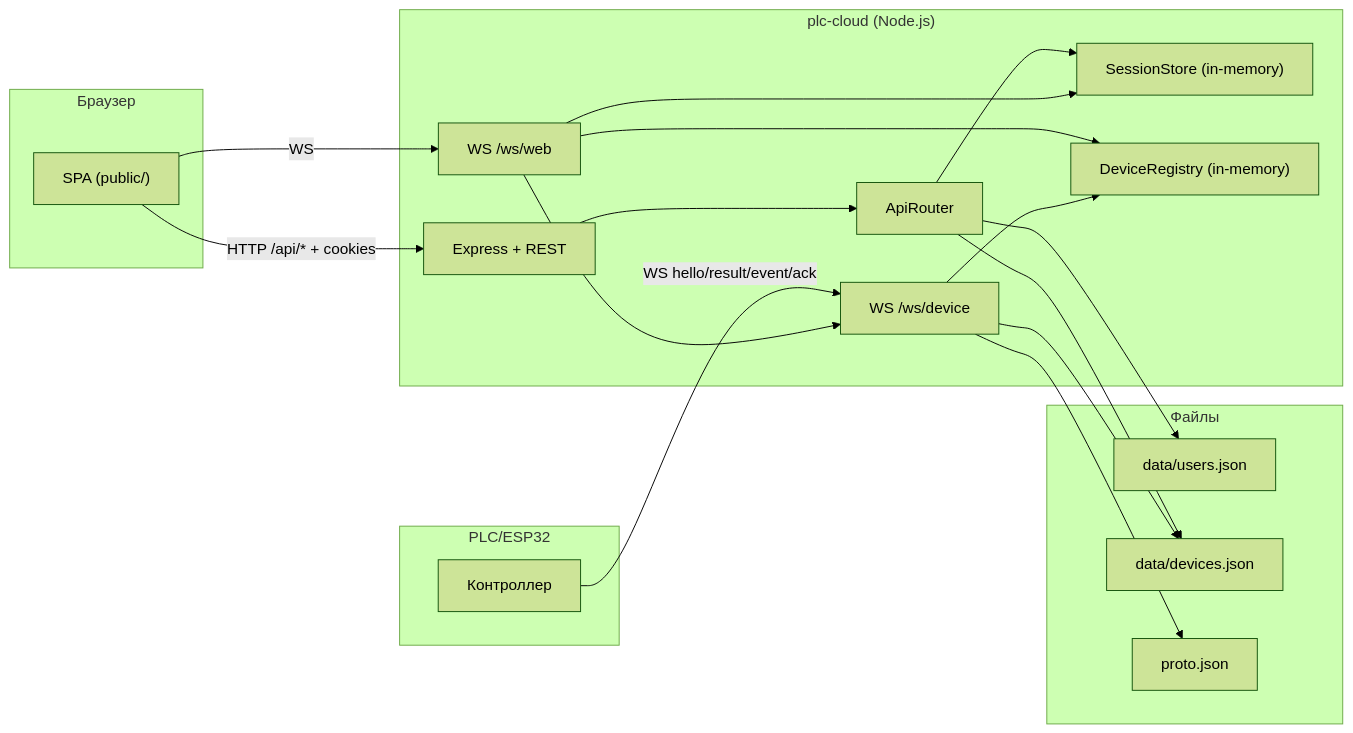
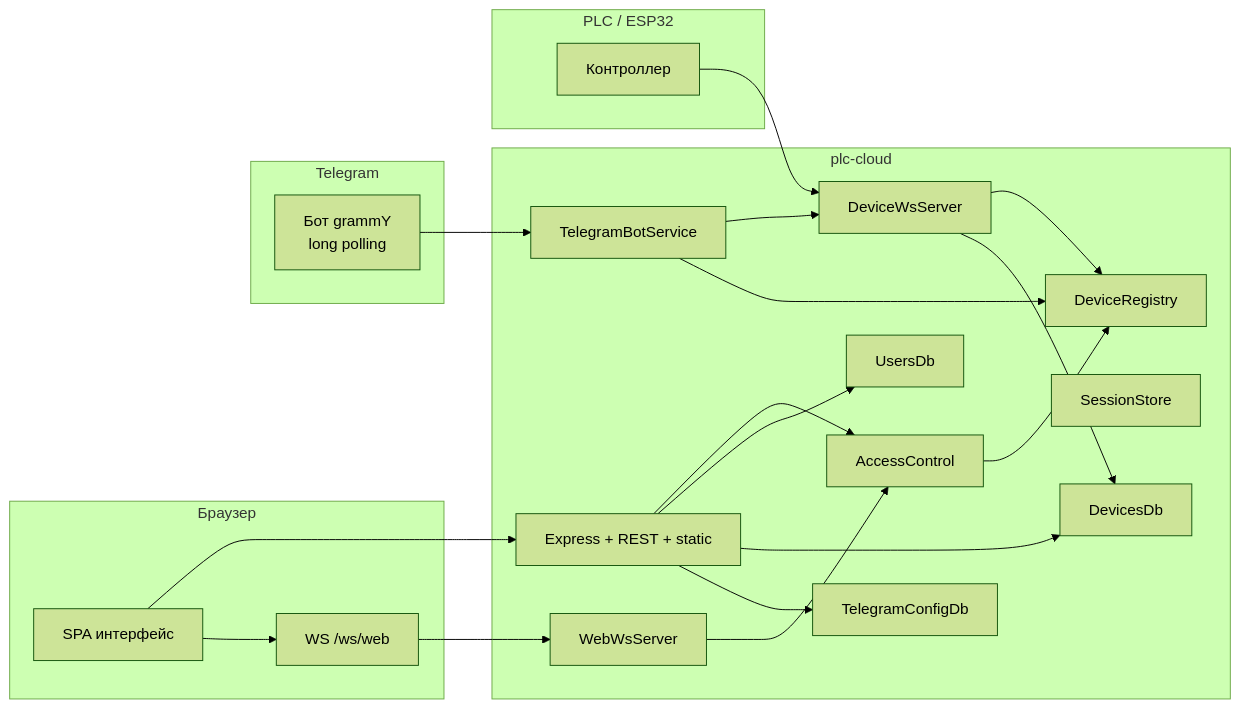
One commit to Denisov-Foundation-Limited/plc-cloud changed the first of 4 diagrams in README.md. Above: the diagram before and after it, drawn with Mermaid (forest theme). The commit also changed other lines of this file and 37 other files, not shown here.

Commit message:
Add Telegram control menus, ACL, and app DI updates

````diff
--- a/README.md
+++ b/README.md
@@ -23,40 +68,44 @@
 ```mermaid
 flowchart LR
     subgraph Browser["Браузер"]
-      UI["SPA (public/)"]
+        UI["SPA интерфейс"]
+        BWS["WS /ws/web"]
     end
 
-    subgraph Server["plc-cloud (Node.js)"]
-      HTTP["Express + REST"]
-      WSWeb["WS /ws/web"]
-      WSDev["WS /ws/device"]
-      Sessions["SessionStore (in-memory)"]
-      Registry["DeviceRegistry (in-memory)"]
-      API["ApiRouter"]
+    subgraph Telegram["Telegram"]
+        TG["Бот grammY<br/>long polling"]
     end
 
-    subgraph Device["PLC/ESP32"]
-      PLC["Контроллер"]
+    subgraph Cloud["plc-cloud"]
+        HTTP["Express + REST + static"]
+        WSS["WebWsServer"]
+        DWS["DeviceWsServer"]
+        ACL["AccessControl"]
+        REG["DeviceRegistry"]
+        SES["SessionStore"]
+        UDB["UsersDb"]
+        DDB["DevicesDb"]
+        TDB["TelegramConfigDb"]
+        BOT["TelegramBotService"]
     end
 
-    subgraph Storage["Файлы"]
-      Users["data/users.json"]
-      Devices["data/devices.json"]
-      Proto["proto.json"]
+    subgraph PLC["PLC / ESP32"]
+        DEV["Контроллер"]
     end
 
-    UI -->|HTTP /api/* + cookies| HTTP
-    UI -->|WS| WSWeb
-    PLC -->|WS hello/result/event/ack| WSDev
-
-    HTTP --> API
-    API --> Sessions
-    API --> Devices
-    WSWeb --> Sessions
-    WSWeb --> Registry
-    WSWeb --> WSDev
-    WSDev --> Registry
-    WSDev --> Devices
-    WSDev --> Proto
-    API --> Users
+    UI --> HTTP
+    UI --> BWS
+    BWS --> WSS
+    TG --> BOT
+    BOT --> DWS
+    HTTP --> ACL
+    WSS --> ACL
+    ACL --> REG
+    HTTP --> UDB
+    HTTP --> DDB
+    HTTP --> TDB
+    DEV --> DWS
+    DWS --> REG
+    DWS --> DDB
+    BOT --> REG
 ```
````
